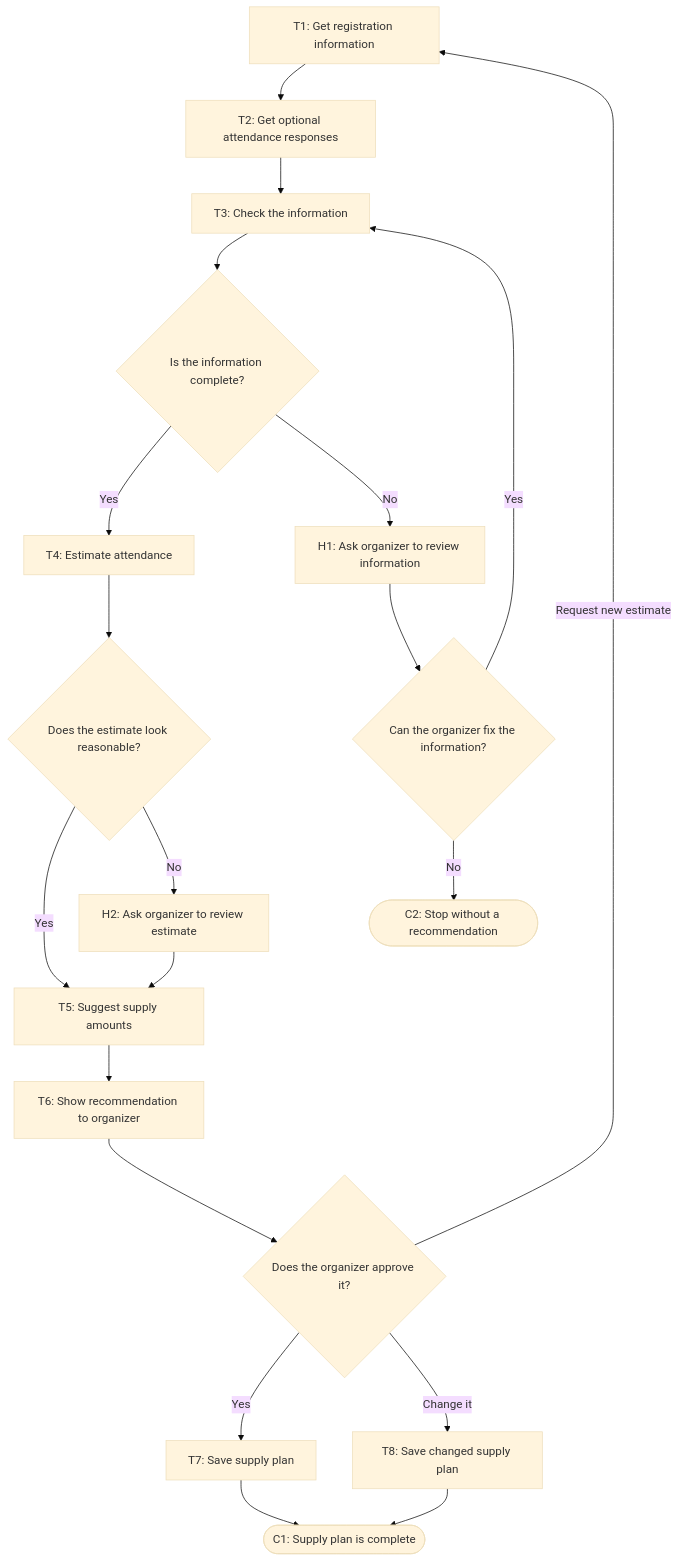
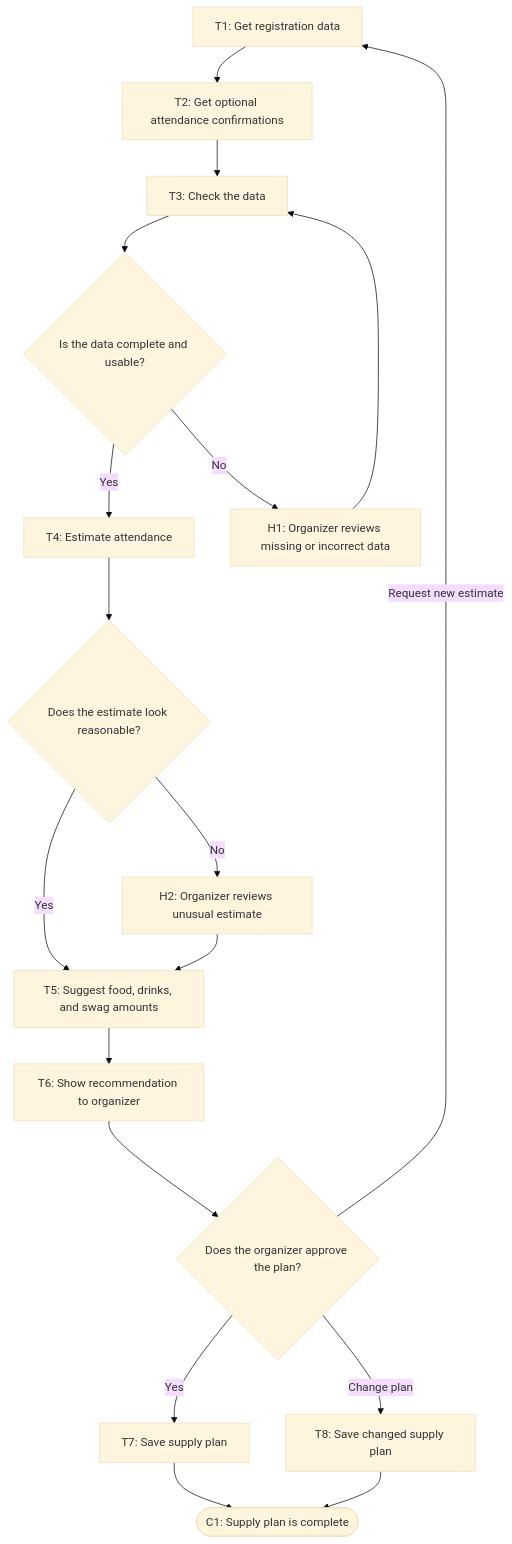
Before and after one commit to bella940118-lgtm/-BUS4498_InClass_Builds: the diagram in my_first_agent/workflow-of-tasks.md, drawn with Mermaid (base theme).

````diff
--- a/my_first_agent/workflow-of-tasks.md
+++ b/my_first_agent/workflow-of-tasks.md
@@ -28,29 +28,25 @@
 ```mermaid
-
 flowchart TD
-    T1["T1: Get registration information"] --> T2["T2: Get optional attendance responses"]
-    T2 --> T3["T3: Check the information"]
-    T3 --> D1{"Is the information complete?"}
+    T1["T1: Get registration data"] --> T2["T2: Get optional attendance confirmations"]
+    T2 --> T3["T3: Check the data"]
+    T3 --> D1{"Is the data complete and usable?"}
 
     D1 -->|Yes| T4["T4: Estimate attendance"]
-    D1 -->|No| H1["H1: Ask organizer to review information"]
+    D1 -->|No| H1["H1: Organizer reviews missing or incorrect data"]
+    H1 --> T3
 
-    H1 --> D2{"Can the organizer fix the information?"}
-    D2 -->|Yes| T3
-    D2 -->|No| C2([C2: Stop without a recommendation])
+    T4 --> D2{"Does the estimate look reasonable?"}
+    D2 -->|Yes| T5["T5: Suggest food, drinks, and swag amounts"]
+    D2 -->|No| H2["H2: Organizer reviews unusual estimate"]
+    H2 --> T5
 
-    T4 --> D3{"Does the estimate look reasonable?"}
-    D3 -->|Yes| T5["T5: Suggest supply amounts"]
-    D3 -->|No| H2["H2: Ask organizer to review estimate"]
+    T5 --> T6["T6: Show recommendation to organizer"]
+    T6 --> D3{"Does the organizer approve the plan?"}
 
-    H2 --> T5
-    T5 --> T6["T6: Show recommendation to organizer"]
-    T6 --> D4{"Does the organizer approve it?"}
-
-    D4 -->|Yes| T7["T7: Save supply plan"]
-    D4 -->|Change it| T8["T8: Save changed supply plan"]
-    D4 -->|Request new estimate| T1
+    D3 -->|Yes| T7["T7: Save supply plan"]
+    D3 -->|Change plan| T8["T8: Save changed supply plan"]
+    D3 -->|Request new estimate| T1
 
     T7 --> C1([C1: Supply plan is complete])
     T8 --> C1
 ```
````
